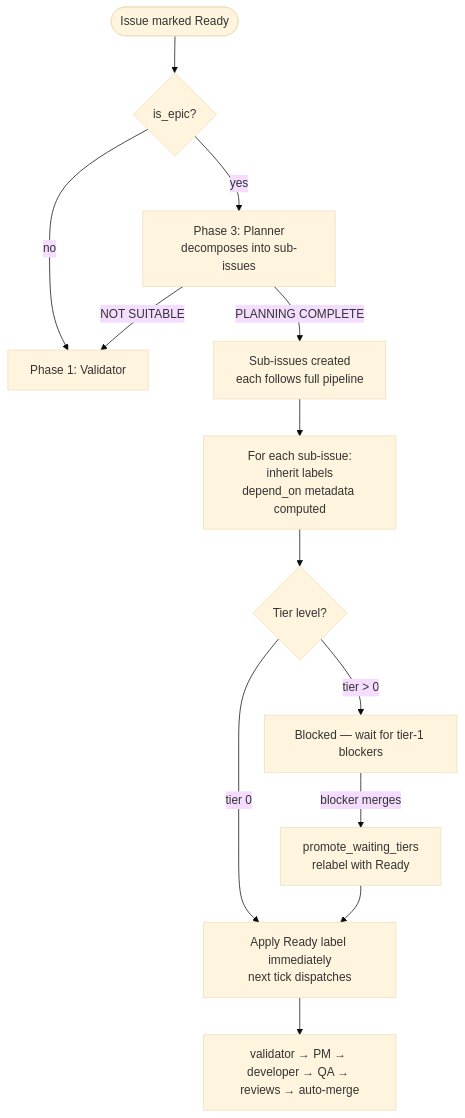
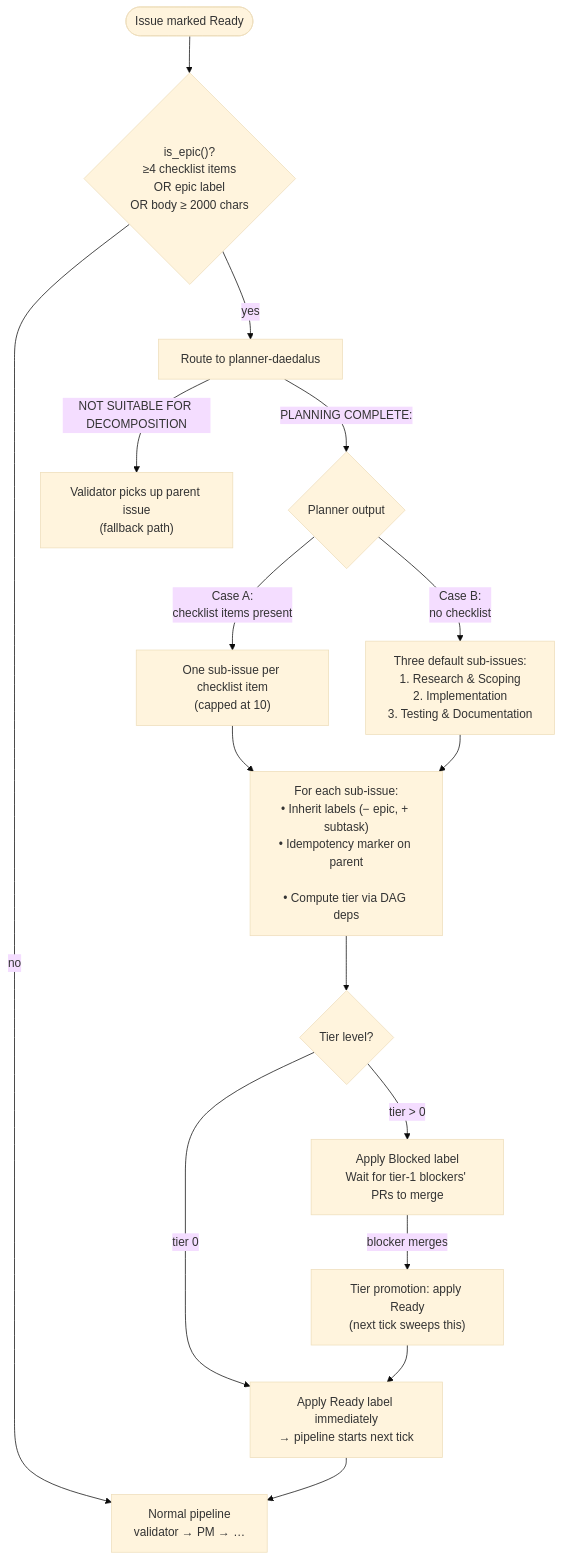
Before and after one commit to benmarte/daedalus: the second of 3 diagrams in README.md, drawn with Mermaid (base theme). The commit also changed other lines of this file, not shown here.

Commit message:
docs: fix epic decomposition mermaid diagram syntax and clarify flow

````diff
--- a/README.md
+++ b/README.md
@@ -315,22 +317,26 @@
 ```mermaid
 flowchart TD
-    Issue([Issue marked Ready]) --> Detect{is_epic?}
+    Issue(["Issue marked Ready"]) --> Detect{"is_epic()?\n≥4 checklist items\nOR epic label\nOR body ≥ 2000 chars"}
 
-    Detect -->|yes| Planner[Phase 3: Planner\ndecomposes into sub-issues]
-    Detect -->|no| Validator[Phase 1: Validator]
+    Detect -->|no| NormalPipeline["Normal pipeline\nvalidator → PM → …"]
+    Detect -->|yes| Planner["Route to planner-daedalus"]
 
-    Planner -->|PLANNING COMPLETE| SubI[Sub-issues created\neach follows full pipeline]
-    Planner -->|NOT SUITABLE| Validator
+    Planner -->|"PLANNING COMPLETE:"| Case{"Planner output"}
+    Case -->|"Case A:\nchecklist items present"| SubI_A["One sub-issue per checklist item\n(capped at 10)"]
+    Case -->|"Case B:\nno checklist"| SubI_B["Three default sub-issues:\n1. Research &amp; Scoping\n2. Implementation\n3. Testing &amp; Documentation"]
 
-    SubI --> ParentEach[For each sub-issue:\ninherit labels\ndepend_on metadata computed]
+    Planner -->|"NOT SUITABLE FOR DECOMPOSITION"| Validator["Validator picks up parent issue\n(fallback path)"]
 
-    ParentEach --> TierCheck{Tier level?}
+    SubI_A --> ParentEach["For each sub-issue:\n• Inherit labels (− epic, + subtask)\n• Idempotency marker on parent\n  <!-- daedalus:sub-issues:[N,…] -->\n• Compute tier via DAG deps"]
+    SubI_B --> ParentEach
 
-    TierCheck -->|tier 0| Ready[Apply Ready label immediately\nnext tick dispatches]
-    TierCheck -->|tier > 0| WaitForBlocker[Blocked — wait for tier-1 blockers]
+    ParentEach --> TierCheck{"Tier level?"}
 
-    WaitForBlocker -->|blocker merges| Promote[promote_waiting_tiers\nrelabel with Ready]
+    TierCheck -->|"tier 0"| Ready["Apply Ready label immediately\n→ pipeline starts next tick"]
+    TierCheck -->|"tier > 0"| WaitForBlocker["Apply Blocked label\nWait for tier-1 blockers' PRs to merge"]
+
+    WaitForBlocker -->|"blocker merges"| Promote["Tier promotion: apply Ready\n(next tick sweeps this)"]
     Promote --> Ready
 
-    Ready --> NormalPipeline[validator → PM → developer → QA → reviews → auto-merge]
+    Ready --> NormalPipeline
 ```
````
